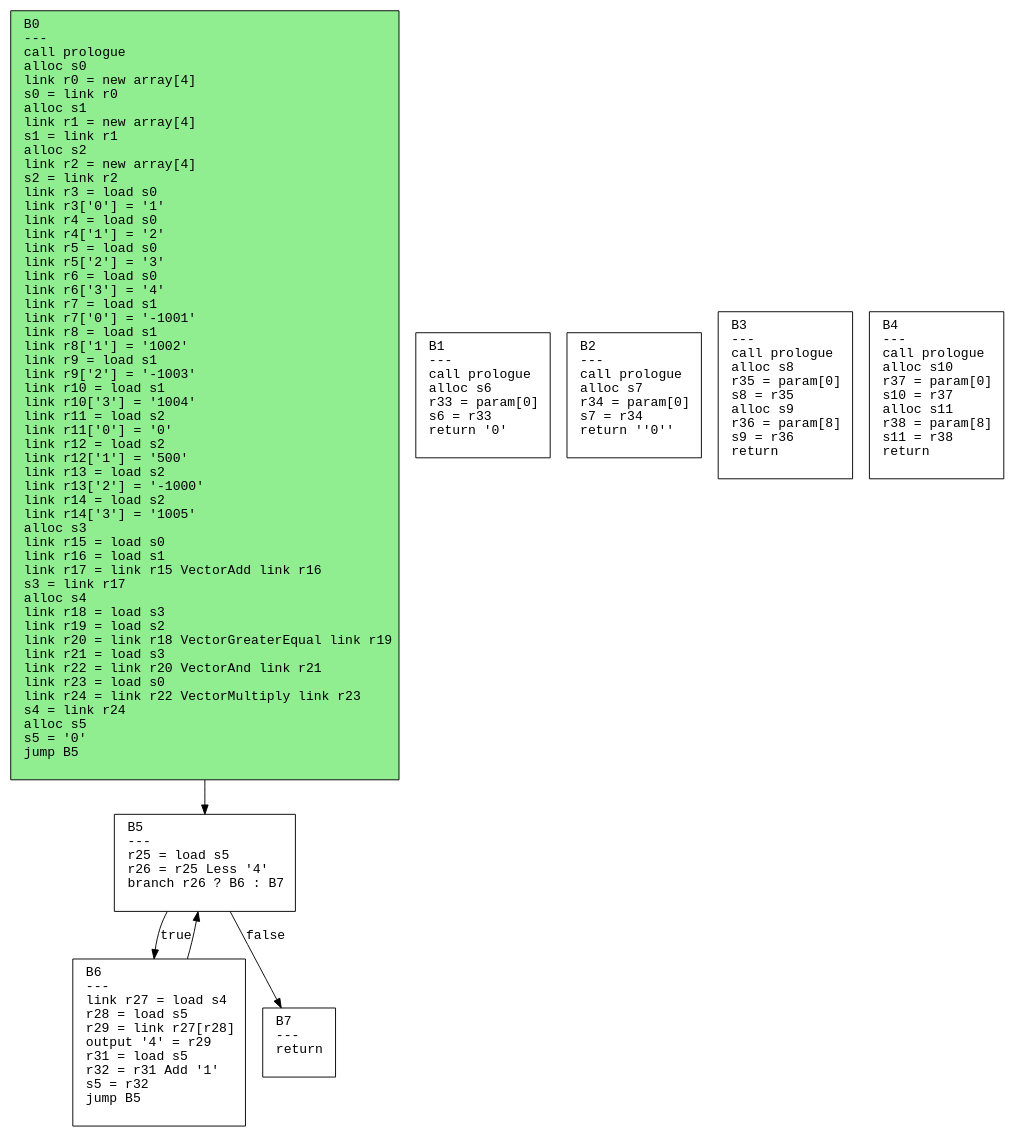
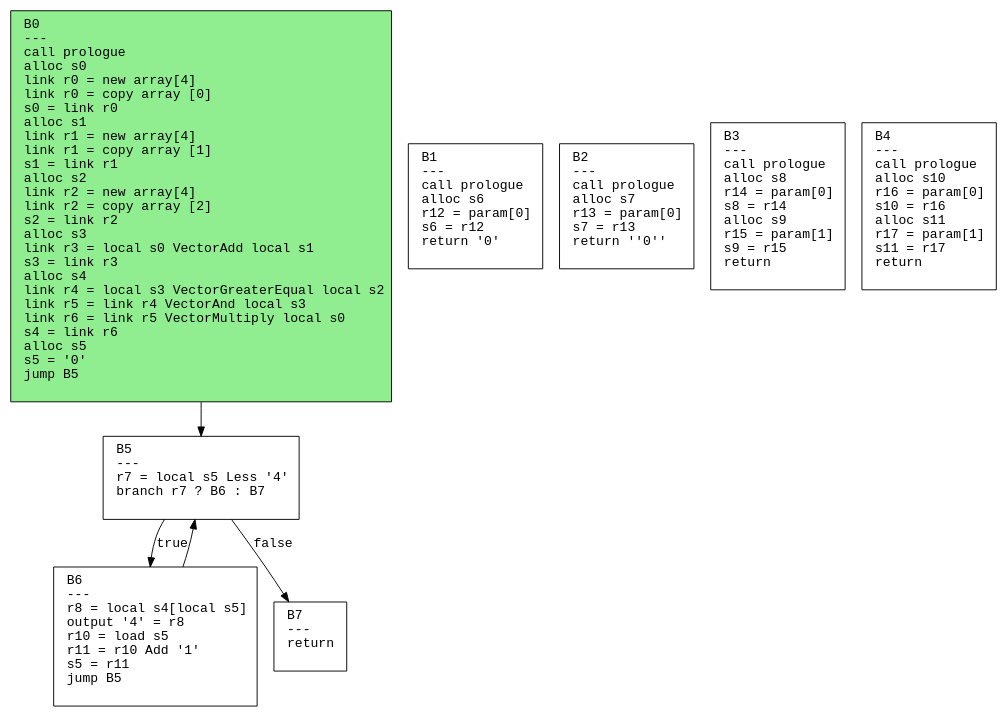
Before and after one commit to safarislava/ProcTranslator: the diagram in output/vector.dot, drawn with Graphviz. The commit also changed 38 other files, not shown here.

```diff
--- a/output/vector.dot
+++ b/output/vector.dot
@@ -1,19 +1,19 @@
 digraph CFG {
   rankdir=TB;
   node [shape=box, fontname="Courier", style=filled, fillcolor=white, margin="0.2,0.1"];
   edge [fontname="Courier"];
 
-  "B0" [label="B0\l---\lcall prologue\lalloc s0\llink r0 = new array[4]\ls0 = link r0\lalloc s1\llink r1 = new array[4]\ls1 = link r1\lalloc s2\llink r2 = new array[4]\ls2 = link r2\llink r3 = load s0\llink r3['0'] = '1'\llink r4 = load s0\llink r4['1'] = '2'\llink r5 = load s0\llink r5['2'] = '3'\llink r6 = load s0\llink r6['3'] = '4'\llink r7 = load s1\llink r7['0'] = '-1001'\llink r8 = load s1\llink r8['1'] = '1002'\llink r9 = load s1\llink r9['2'] = '-1003'\llink r10 = load s1\llink r10['3'] = '1004'\llink r11 = load s2\llink r11['0'] = '0'\llink r12 = load s2\llink r12['1'] = '500'\llink r13 = load s2\llink r13['2'] = '-1000'\llink r14 = load s2\llink r14['3'] = '1005'\lalloc s3\llink r15 = load s0\llink r16 = load s1\llink r17 = link r15 VectorAdd link r16\ls3 = link r17\lalloc s4\llink r18 = load s3\llink r19 = load s2\llink r20 = link r18 VectorGreaterEqual link r19\llink r21 = load s3\llink r22 = link r20 VectorAnd link r21\llink r23 = load s0\llink r24 = link r22 VectorMultiply link r23\ls4 = link r24\lalloc s5\ls5 = '0'\ljump B5\l "];
-  "B1" [label="B1\l---\lcall prologue\lalloc s6\lr33 = param[0]\ls6 = r33\lreturn '0'\l "];
-  "B2" [label="B2\l---\lcall prologue\lalloc s7\lr34 = param[0]\ls7 = r34\lreturn ''0''\l "];
-  "B3" [label="B3\l---\lcall prologue\lalloc s8\lr35 = param[0]\ls8 = r35\lalloc s9\lr36 = param[8]\ls9 = r36\lreturn\l "];
-  "B4" [label="B4\l---\lcall prologue\lalloc s10\lr37 = param[0]\ls10 = r37\lalloc s11\lr38 = param[8]\ls11 = r38\lreturn\l "];
-  "B5" [label="B5\l---\lr25 = load s5\lr26 = r25 Less '4'\lbranch r26 ? B6 : B7\l "];
-  "B6" [label="B6\l---\llink r27 = load s4\lr28 = load s5\lr29 = link r27[r28]\loutput '4' = r29\lr31 = load s5\lr32 = r31 Add '1'\ls5 = r32\ljump B5\l "];
+  "B0" [label="B0\l---\lcall prologue\lalloc s0\llink r0 = new array[4]\llink r0 = copy array [0]\ls0 = link r0\lalloc s1\llink r1 = new array[4]\llink r1 = copy array [1]\ls1 = link r1\lalloc s2\llink r2 = new array[4]\llink r2 = copy array [2]\ls2 = link r2\lalloc s3\llink r3 = local s0 VectorAdd local s1\ls3 = link r3\lalloc s4\llink r4 = local s3 VectorGreaterEqual local s2\llink r5 = link r4 VectorAnd local s3\llink r6 = link r5 VectorMultiply local s0\ls4 = link r6\lalloc s5\ls5 = '0'\ljump B5\l "];
+  "B1" [label="B1\l---\lcall prologue\lalloc s6\lr12 = param[0]\ls6 = r12\lreturn '0'\l "];
+  "B2" [label="B2\l---\lcall prologue\lalloc s7\lr13 = param[0]\ls7 = r13\lreturn ''0''\l "];
+  "B3" [label="B3\l---\lcall prologue\lalloc s8\lr14 = param[0]\ls8 = r14\lalloc s9\lr15 = param[1]\ls9 = r15\lreturn\l "];
+  "B4" [label="B4\l---\lcall prologue\lalloc s10\lr16 = param[0]\ls10 = r16\lalloc s11\lr17 = param[1]\ls11 = r17\lreturn\l "];
+  "B5" [label="B5\l---\lr7 = local s5 Less '4'\lbranch r7 ? B6 : B7\l "];
+  "B6" [label="B6\l---\lr8 = local s4[local s5]\loutput '4' = r8\lr10 = load s5\lr11 = r10 Add '1'\ls5 = r11\ljump B5\l "];
   "B7" [label="B7\l---\lreturn\l "];
   "B0" -> "B5";
   "B5" -> "B6" [label="true"];
   "B5" -> "B7" [label="false"];
   "B6" -> "B5";
   "B0" [fillcolor=lightgreen];
 }
```
